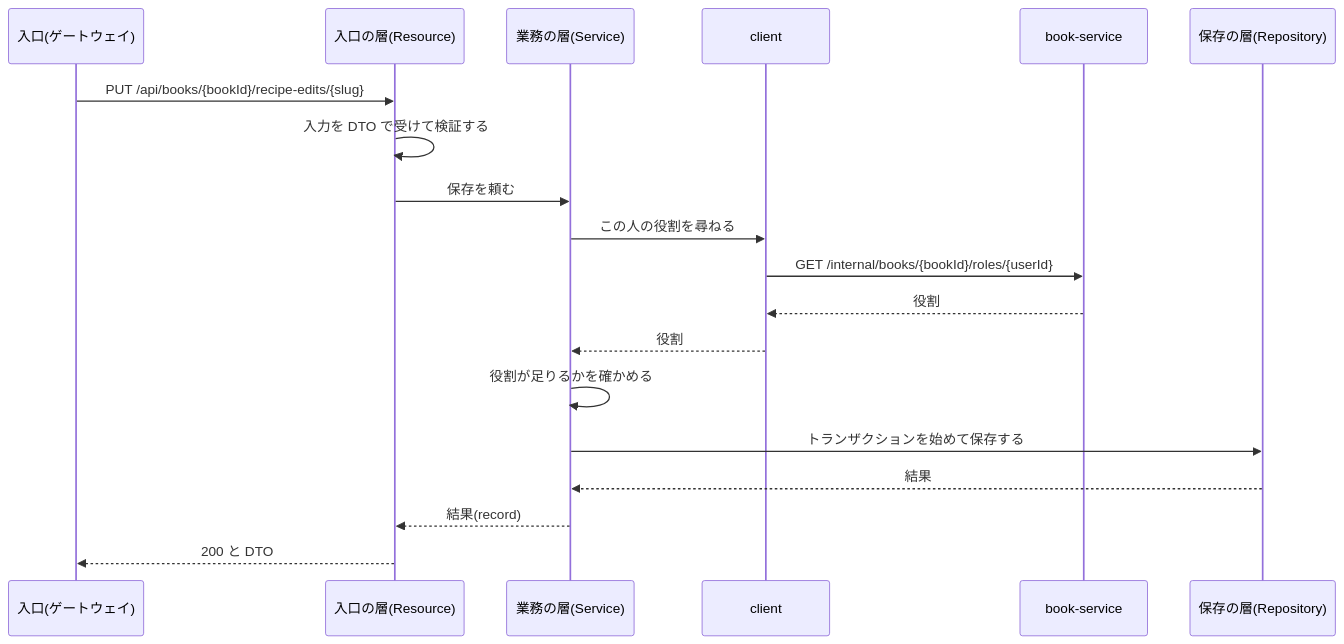
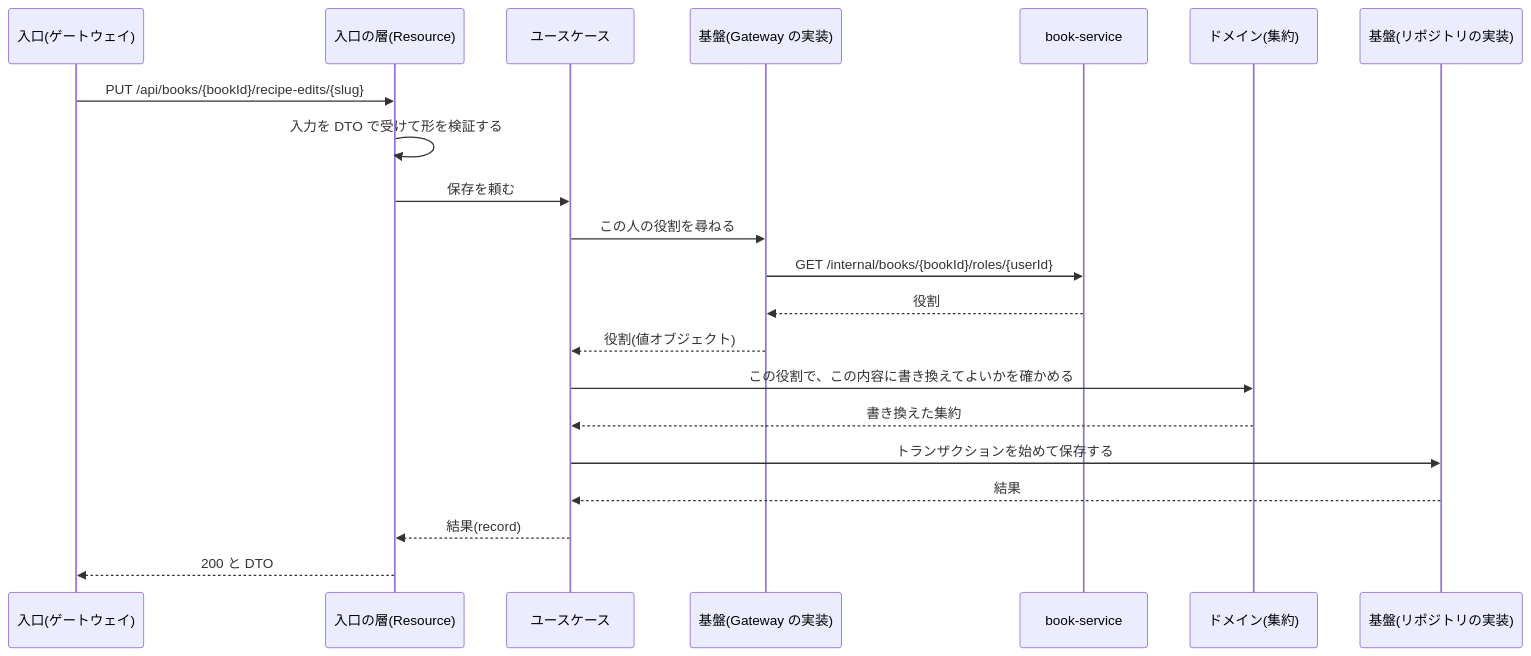
Before and after one commit to Kaito-Nishihara/cooks: the diagram in docs/design/common-service.md, drawn with Mermaid. The commit also changed other lines of this file and 4 other files, not shown here.

````diff
--- a/docs/design/common-service.md
+++ b/docs/design/common-service.md
@@ -123,21 +178,23 @@
 ```mermaid
 sequenceDiagram
     participant G as 入口(ゲートウェイ)
     participant R as 入口の層(Resource)
-    participant S as 業務の層(Service)
-    participant C as client
+    participant U as ユースケース
+    participant W as 基盤(Gateway の実装)
     participant B as book-service
-    participant P as 保存の層(Repository)
+    participant D as ドメイン(集約)
+    participant P as 基盤(リポジトリの実装)
     G->>R: PUT /api/books/{bookId}/recipe-edits/{slug}
-    R->>R: 入力を DTO で受けて検証する
-    R->>S: 保存を頼む
-    S->>C: この人の役割を尋ねる
-    C->>B: GET /internal/books/{bookId}/roles/{userId}
-    B-->>C: 役割
-    C-->>S: 役割
-    S->>S: 役割が足りるかを確かめる
-    S->>P: トランザクションを始めて保存する
-    P-->>S: 結果
-    S-->>R: 結果(record)
+    R->>R: 入力を DTO で受けて形を検証する
+    R->>U: 保存を頼む
+    U->>W: この人の役割を尋ねる
+    W->>B: GET /internal/books/{bookId}/roles/{userId}
+    B-->>W: 役割
+    W-->>U: 役割(値オブジェクト)
+    U->>D: この役割で、この内容に書き換えてよいかを確かめる
+    D-->>U: 書き換えた集約
+    U->>P: トランザクションを始めて保存する
+    P-->>U: 結果
+    U-->>R: 結果(record)
     R-->>G: 200 と DTO
 ```
````
